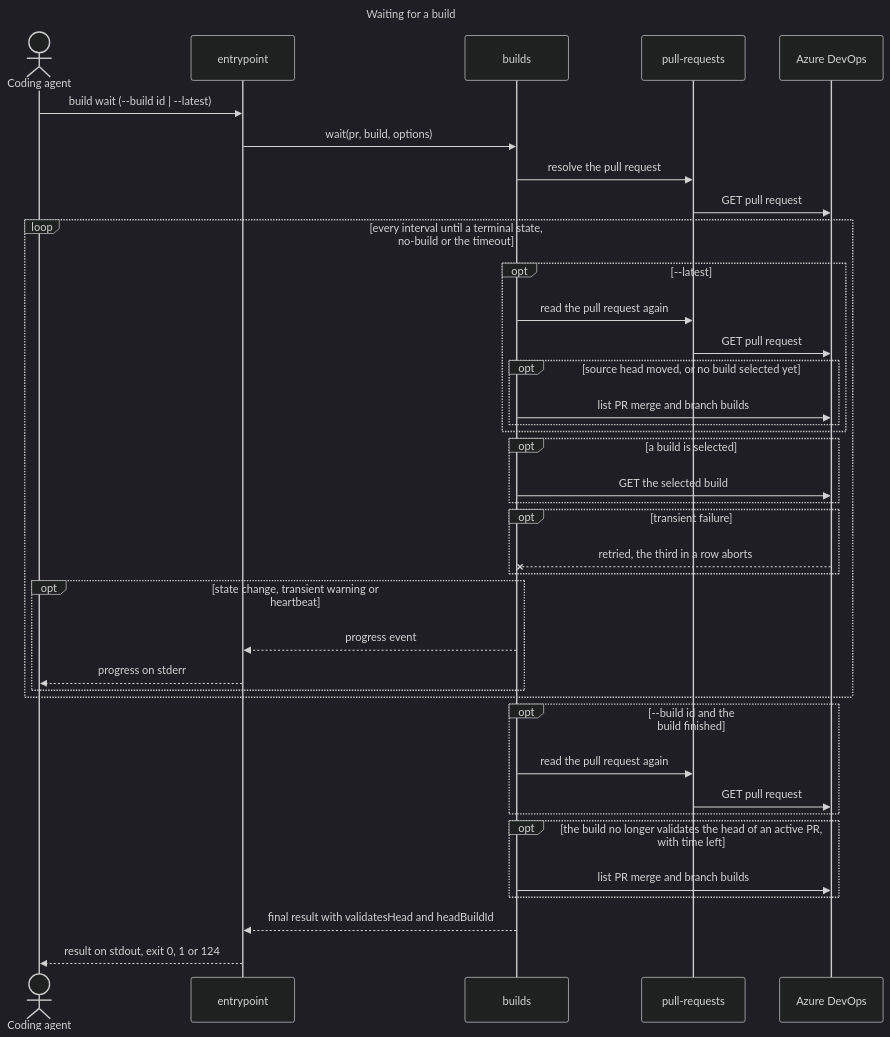
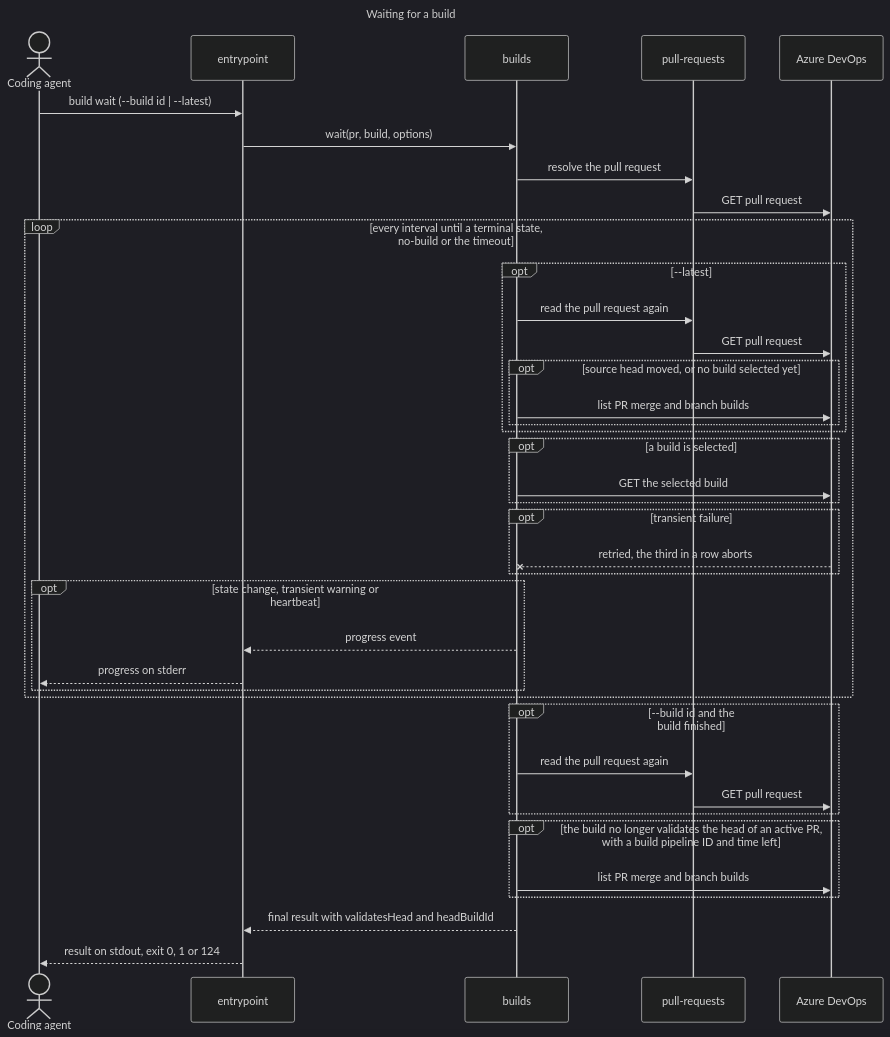
One commit to remshams/ado-pr changed the fifth of 5 diagrams in docs/architecture/architecture.md. Above: the diagram before and after it, drawn with Mermaid (dark theme). The commit also changed 1 other file, not shown here.

Commit message:
docs(Architecture): add the build pipeline ID condition to the head build lookup

````diff
--- a/docs/architecture/architecture.md
+++ b/docs/architecture/architecture.md
@@ -200,43 +200,43 @@
 ```mermaid
 ---
 title: Waiting for a build
 ---
 sequenceDiagram
     actor Agent as Coding agent
     participant Entry as entrypoint
     participant Builds as builds
     participant Prs as pull-requests
     participant Azure as Azure DevOps
     Agent->>Entry: build wait (--build id | --latest)
     Entry->>Builds: wait(pr, build, options)
     Builds->>Prs: resolve the pull request
     Prs->>Azure: GET pull request
     loop every interval until a terminal state, no-build or the timeout
         opt --latest
             Builds->>Prs: read the pull request again
             Prs->>Azure: GET pull request
             opt source head moved, or no build selected yet
                 Builds->>Azure: list PR merge and branch builds
             end
         end
         opt a build is selected
             Builds->>Azure: GET the selected build
         end
         opt transient failure
             Azure--xBuilds: retried, the third in a row aborts
         end
         opt state change, transient warning or heartbeat
             Builds-->>Entry: progress event
             Entry-->>Agent: progress on stderr
         end
     end
     opt --build id and the build finished
         Builds->>Prs: read the pull request again
         Prs->>Azure: GET pull request
     end
-    opt the build no longer validates the head of an active PR, with time left
+    opt the build no longer validates the head of an active PR, with a build pipeline ID and time left
         Builds->>Azure: list PR merge and branch builds
     end
     Builds-->>Entry: final result with validatesHead and headBuildId
     Entry-->>Agent: result on stdout, exit 0, 1 or 124
 ```
````
